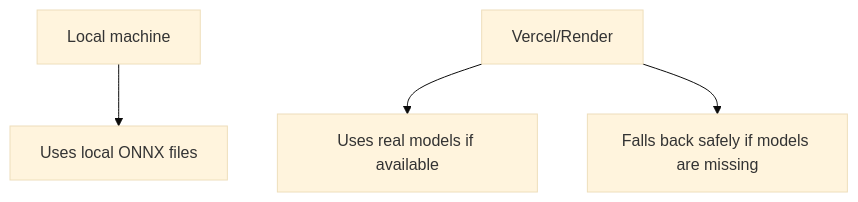
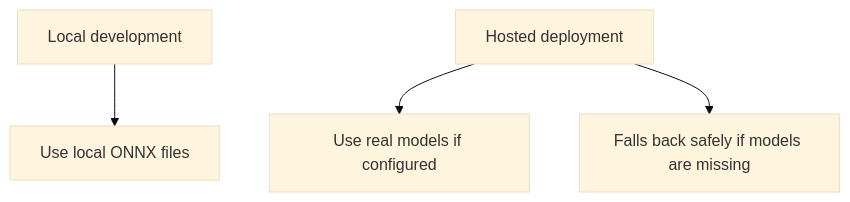
One commit to TopoVista/MRI-Brain-Tumor-Detection-Agentic-AI changed the fourth of 4 diagrams in README.md. Above: the diagram before and after it, drawn with Mermaid (base theme). The commit also changed other lines of this file, not shown here.

Commit message:
Updated architecture and deployment

````diff
--- a/README.md
+++ b/README.md
@@ -88,6 +130,6 @@
 ```mermaid
 flowchart TD
-  A[Local machine] --> B[Uses local ONNX files]
-  C[Vercel/Render] --> D[Uses real models if available]
-  C --> E[Falls back safely if models are missing]
+  Local[Local development] --> LocalModels[Use local ONNX files]
+  Hosted[Hosted deployment] --> HostedModels[Use real models if configured]
+  Hosted --> HostedFallback[Falls back safely if models are missing]
 ```
````
